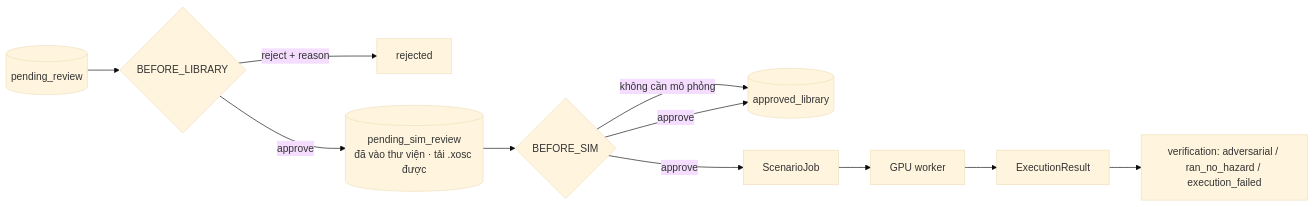
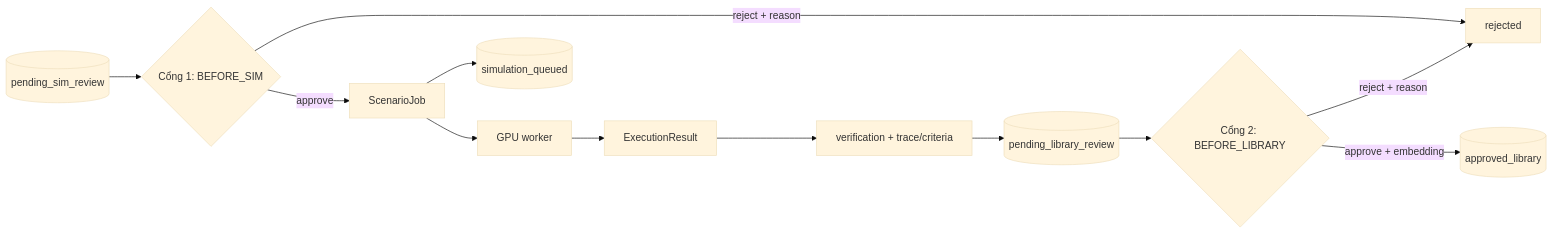
The third of 3 diagrams in ARCHITECTURE.md (Menakanchi/nextjs-boilerplate), drawn with Mermaid (base theme) before and after one commit. The commit also changed other lines of this file and 34 other files, not shown here.

First line of the commit message:
feat: chạy mô phỏng trước khi duyệt vào thư viện (ADR-018) (#62)

````diff
--- a/ARCHITECTURE.md
+++ b/ARCHITECTURE.md
@@ -170,13 +170,14 @@
 ```mermaid
 graph LR
-    P[(pending_review)] --> R1{BEFORE_LIBRARY}
+    P[(pending_sim_review)] --> R1{Cổng 1: BEFORE_SIM}
     R1 -->|reject + reason| RJ[rejected]
-    R1 -->|approve| SIM[("pending_sim_review<br/>đã vào thư viện · tải .xosc được")]
-    SIM --> R2{BEFORE_SIM}
-    R2 -->|không cần mô phỏng| LIB[(approved_library)]
-    R2 -->|approve| LIB
-    R2 -->|approve| JOB[ScenarioJob]
+    R1 -->|approve| JOB[ScenarioJob]
+    JOB --> Q[(simulation_queued)]
     JOB --> W[GPU worker]
     W --> RES[ExecutionResult]
-    RES --> V["verification: adversarial / ran_no_hazard / execution_failed"]
+    RES --> V["verification + trace/criteria"]
+    V --> PL[(pending_library_review)]
+    PL --> R2{Cổng 2: BEFORE_LIBRARY}
+    R2 -->|reject + reason| RJ
+    R2 -->|approve + embedding| LIB[(approved_library)]
 ```
````
